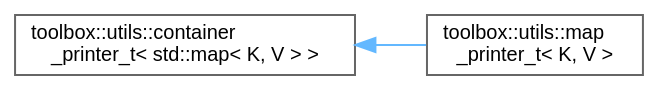
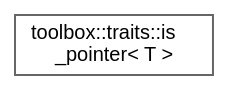
The diagram in inherit_graph_94.dot (nerdneilsfield/cpp-toolbox), drawn with Graphviz before and after one commit. The commit also changed 527 other files, not shown here.

```diff
--- a/inherit_graph_94.dot
+++ b/inherit_graph_94.dot
@@ -1,11 +1,9 @@
 digraph "Graphical Class Hierarchy"
 {
  // LATEX_PDF_SIZE
   bgcolor="transparent";
   edge [fontname=Helvetica,fontsize=10,labelfontname=Helvetica,labelfontsize=10];
   node [fontname=Helvetica,fontsize=10,shape=box,height=0.2,width=0.4];
   rankdir="LR";
-  Node0 [id="Node000000",label="toolbox::utils::container\l_printer_t\< std::map\< K, V \> \>",height=0.2,width=0.4,color="grey40", fillcolor="white", style="filled",URL="$classtoolbox_1_1utils_1_1container__printer__t.html",tooltip=" "];
-  Node0 -> Node1 [id="edge60_Node000000_Node000001",dir="back",color="steelblue1",style="solid",tooltip=" "];
-  Node1 [id="Node000001",label="toolbox::utils::map\l_printer_t\< K, V \>",height=0.2,width=0.4,color="grey40", fillcolor="white", style="filled",URL="$classtoolbox_1_1utils_1_1map__printer__t.html",tooltip="Map 打印器/Map printer."];
+  Node0 [id="Node000000",label="toolbox::traits::is\l_pointer\< T \>",height=0.2,width=0.4,color="grey40", fillcolor="white", style="filled",URL="$structtoolbox_1_1traits_1_1is__pointer.html",tooltip="检查类型是否为指针/Check if type is a pointer"];
 }
```
